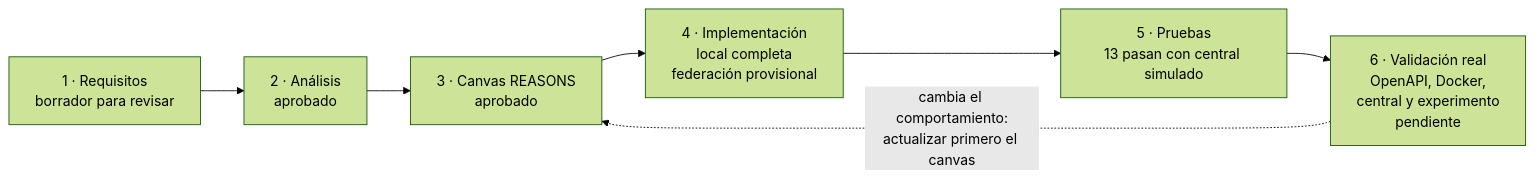
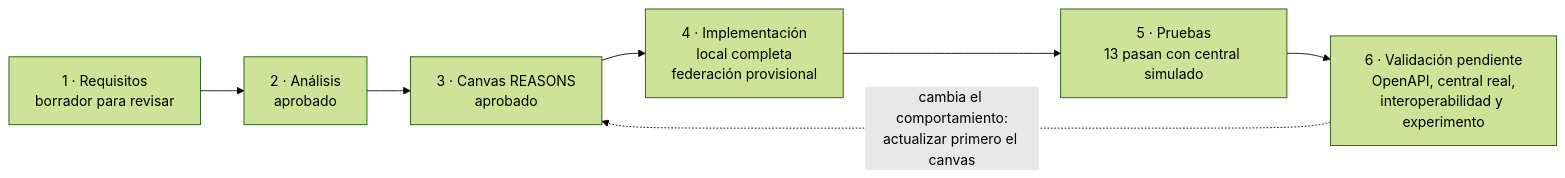
Before and after one commit to Maria-Fernanda-Ruiz/sistemasproyecto: the first of 2 diagrams in README.md, drawn with Mermaid (forest theme). The commit also changed other lines of this file and 6 other files, not shown here.

````diff
--- a/README.md
+++ b/README.md
@@ -38,9 +38,9 @@
 ```mermaid
 flowchart LR
     R["1 · Requisitos<br/>borrador para revisar"] --> A["2 · Análisis<br/>aprobado"]
     A --> C["3 · Canvas REASONS<br/>aprobado"]
     C --> I["4 · Implementación<br/>local completa<br/>federación provisional"]
     I --> T["5 · Pruebas<br/>13 pasan con central simulado"]
-    T --> V["6 · Validación real<br/>OpenAPI, Docker,<br/>central y experimento<br/>pendiente"]
+    T --> V["6 · Validación pendiente<br/>OpenAPI, central real,<br/>interoperabilidad y experimento"]
     V -. "cambia el comportamiento:<br/>actualizar primero el canvas" .-> C
 ```
````
